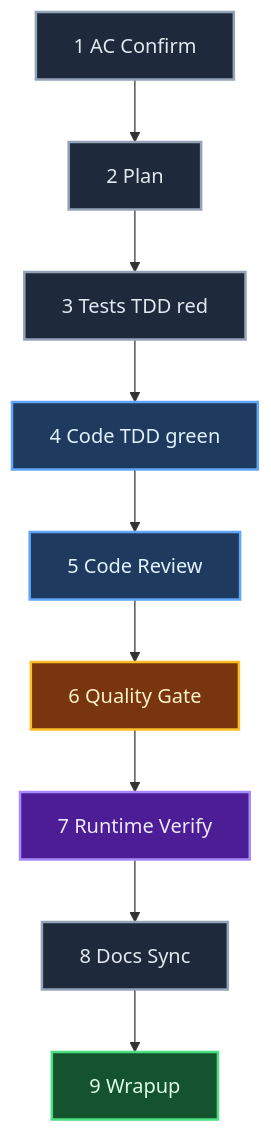
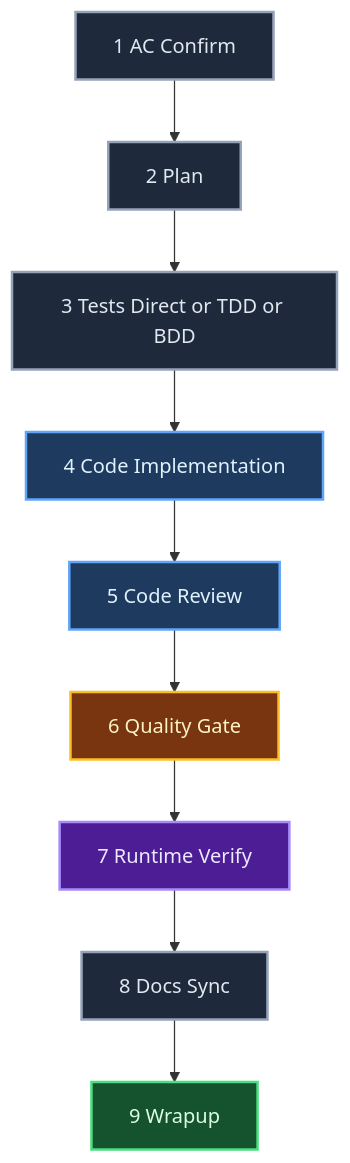
One commit to icarloscornejo/doer changed the first of 3 diagrams in README.md. Above: the diagram before and after it, drawn with Mermaid. The commit also changed other lines of this file and 1 other file, not shown here.

````diff
--- a/README.md
+++ b/README.md
@@ -121,18 +144,18 @@
 ```mermaid
 flowchart TD
     A[1 AC Confirm]:::single --> B[2 Plan]:::single
-    B --> C[3 Tests TDD red]:::single
-    C --> D[4 Code TDD green]:::loop
+    B --> C[3 Tests Direct or TDD or BDD]:::single
+    C --> D[4 Code Implementation]:::loop
     D --> E[5 Code Review]:::loop
     E --> F[6 Quality Gate]:::gate
     F --> G[7 Runtime Verify]:::runtime
     G --> H[8 Docs Sync]:::plain
     H --> I[9 Wrapup]:::final
 
     classDef loop fill:#1e3a5f,stroke:#60a5fa,stroke-width:2px,color:#e0f2fe
     classDef gate fill:#78350f,stroke:#fbbf24,stroke-width:2px,color:#fef3c7
     classDef final fill:#14532d,stroke:#4ade80,stroke-width:2px,color:#dcfce7
     classDef plain fill:#1e293b,stroke:#94a3b8,stroke-width:2px,color:#e2e8f0
     classDef runtime fill:#4c1d95,stroke:#a78bfa,stroke-width:2px,color:#ede9fe
     classDef single fill:#1e293b,stroke:#94a3b8,stroke-width:2px,color:#e2e8f0
 ```
````
